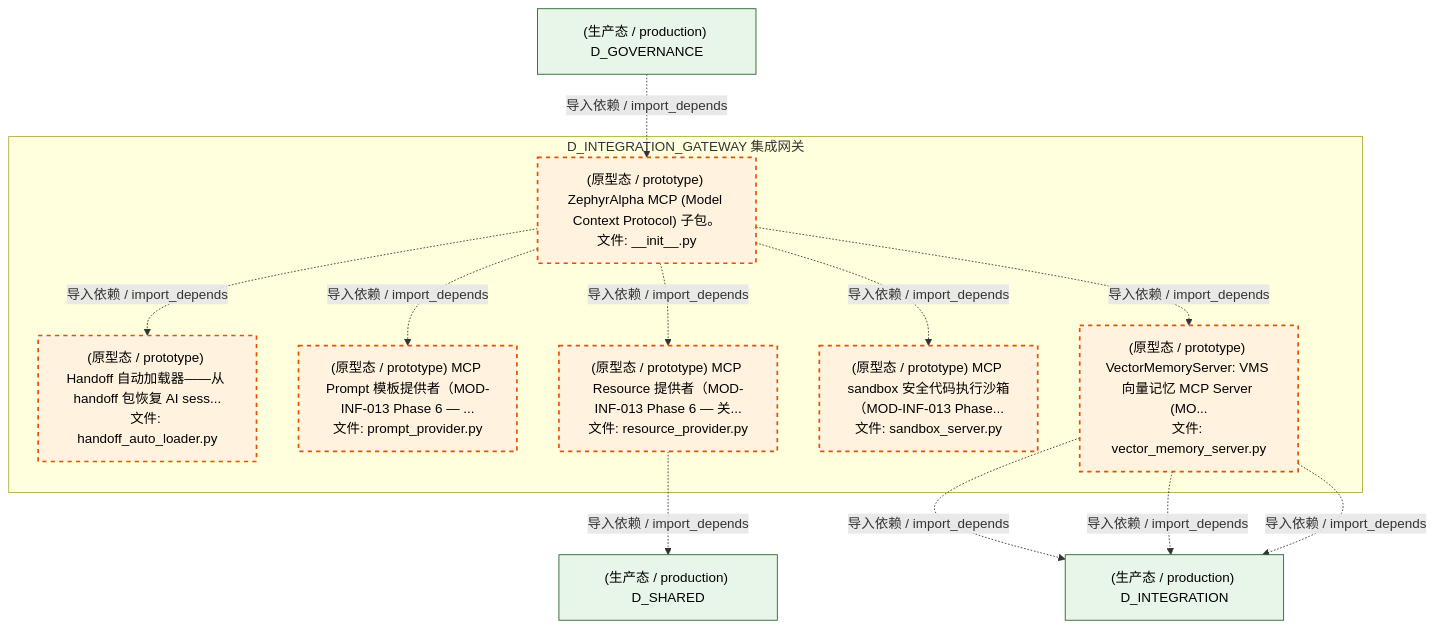
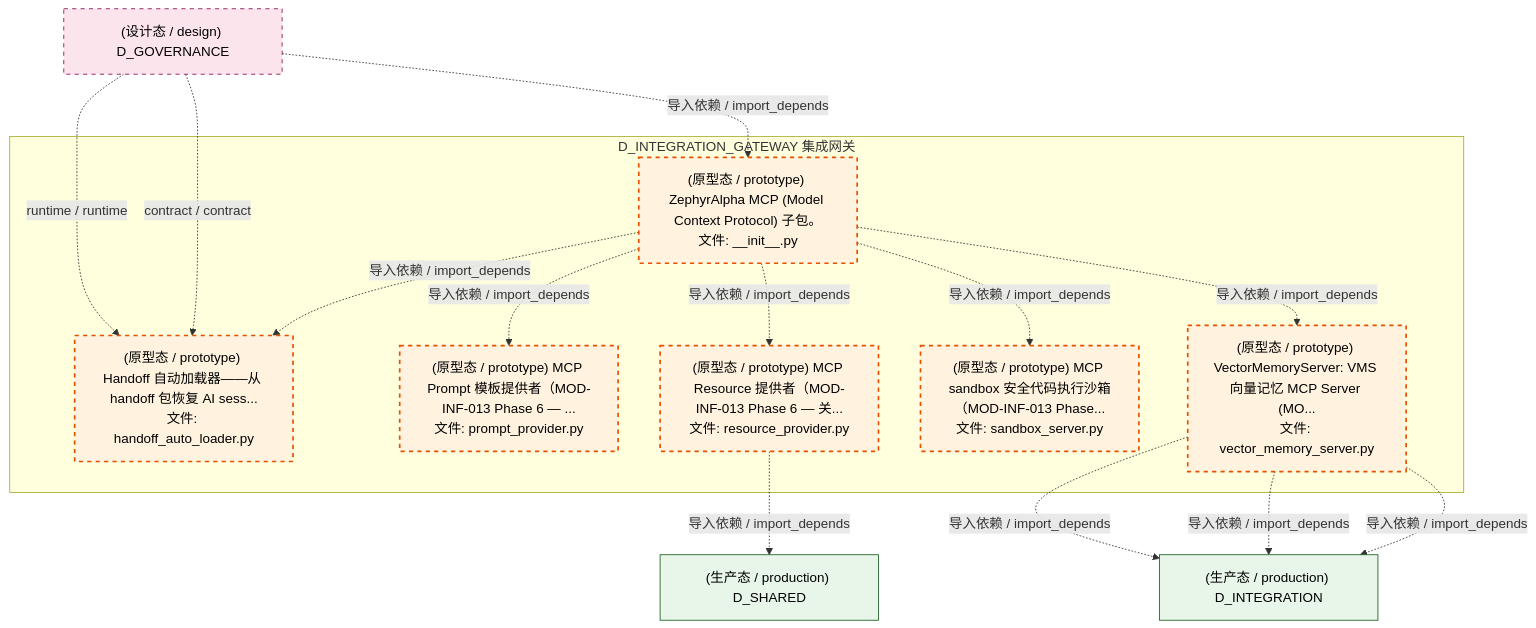
One commit to xuanFelixVan/ZephyrAlpha changed the third of 4 diagrams in docs/02_enterprise_architecture/02_domain_architecture_docs/13_d_integration_gateway.md. Above: the diagram before and after it, drawn with Mermaid. The commit also changed other lines of this file and 100 other files, not shown here.

````diff
--- a/docs/02_enterprise_architecture/02_domain_architecture_docs/13_d_integration_gateway.md
+++ b/docs/02_enterprise_architecture/02_domain_architecture_docs/13_d_integration_gateway.md
@@ -259,30 +259,33 @@
 ```mermaid
 graph TD
     subgraph D_INTEGRATION_GATEWAY["D_INTEGRATION_GATEWAY 集成网关"]
         src_zephyr_integration_mcp_init_py["(原型态 / prototype) ZephyrAlpha MCP (Model Context Protocol) 子包。<br/>文件: __init__.py"]
         src_zephyr_integration_mcp_handoff_auto_loader_py["(原型态 / prototype) Handoff 自动加载器——从 handoff 包恢复 AI sess...<br/>文件: handoff_auto_loader.py"]
         src_zephyr_integration_mcp_prompt_provider_py["(原型态 / prototype) MCP Prompt 模板提供者（MOD-INF-013 Phase 6 — ...<br/>文件: prompt_provider.py"]
         src_zephyr_integration_mcp_resource_provider_py["(原型态 / prototype) MCP Resource 提供者（MOD-INF-013 Phase 6 — 关...<br/>文件: resource_provider.py"]
         src_zephyr_integration_mcp_sandbox_server_py["(原型态 / prototype) MCP sandbox 安全代码执行沙箱（MOD-INF-013 Phase...<br/>文件: sandbox_server.py"]
         src_zephyr_integration_mcp_vector_memory_server_py["(原型态 / prototype) VectorMemoryServer: VMS 向量记忆 MCP Server (MO...<br/>文件: vector_memory_server.py"]
     end
     src_zephyr_integration_mcp_init_py -.->|导入依赖 / import_depends| src_zephyr_integration_mcp_handoff_auto_loader_py
+    src_zephyr_integration_mcp_init_py -.->|导入依赖 / import_depends| src_zephyr_integration_mcp_prompt_provider_py
+    src_zephyr_integration_mcp_init_py -.->|导入依赖 / import_depends| src_zephyr_integration_mcp_resource_provider_py
     src_zephyr_integration_mcp_init_py -.->|导入依赖 / import_depends| src_zephyr_integration_mcp_sandbox_server_py
-    src_zephyr_integration_mcp_init_py -.->|导入依赖 / import_depends| src_zephyr_integration_mcp_resource_provider_py
-    src_zephyr_integration_mcp_init_py -.->|导入依赖 / import_depends| src_zephyr_integration_mcp_prompt_provider_py
     src_zephyr_integration_mcp_init_py -.->|导入依赖 / import_depends| src_zephyr_integration_mcp_vector_memory_server_py
     D_SHARED["(生产态 / production) D_SHARED"]
     src_zephyr_integration_mcp_resource_provider_py -.->|导入依赖 / import_depends| D_SHARED
     D_INTEGRATION["(生产态 / production) D_INTEGRATION"]
     src_zephyr_integration_mcp_vector_memory_server_py -.->|导入依赖 / import_depends| D_INTEGRATION
     src_zephyr_integration_mcp_vector_memory_server_py -.->|导入依赖 / import_depends| D_INTEGRATION
     src_zephyr_integration_mcp_vector_memory_server_py -.->|导入依赖 / import_depends| D_INTEGRATION
-    D_GOVERNANCE["(生产态 / production) D_GOVERNANCE"]
+    D_GOVERNANCE["(设计态 / design) D_GOVERNANCE"]
+    D_GOVERNANCE -.->|runtime / runtime| src_zephyr_integration_mcp_handoff_auto_loader_py
+    D_GOVERNANCE -.->|contract / contract| src_zephyr_integration_mcp_handoff_auto_loader_py
     D_GOVERNANCE -.->|导入依赖 / import_depends| src_zephyr_integration_mcp_init_py
     classDef production fill:#e1f5fe,stroke:#01579b,stroke-width:2px,color:#000
     classDef design fill:#fff3e0,stroke:#e65100,stroke-width:2px,color:#000,stroke-dasharray: 5 5
     classDef external_prod fill:#e8f5e9,stroke:#1b5e20,stroke-width:1px,color:#000
     classDef external_design fill:#fce4ec,stroke:#880e4f,stroke-width:1px,color:#000,stroke-dasharray: 5 5
     class src_zephyr_integration_mcp_init_py,src_zephyr_integration_mcp_handoff_auto_loader_py,src_zephyr_integration_mcp_prompt_provider_py,src_zephyr_integration_mcp_resource_provider_py,src_zephyr_integration_mcp_sandbox_server_py,src_zephyr_integration_mcp_vector_memory_server_py design
-    class D_SHARED,D_INTEGRATION,D_GOVERNANCE external_prod
+    class D_SHARED,D_INTEGRATION external_prod
+    class D_GOVERNANCE external_design
 ```
````
